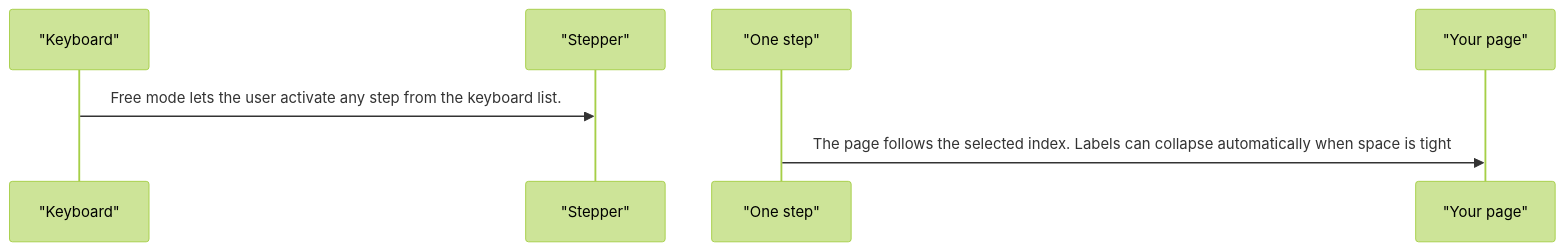
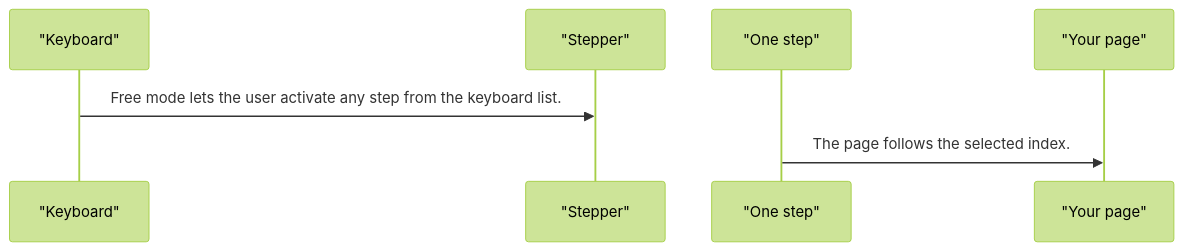
The third of 4 diagrams in projects/pixel-ui/src/lib/pixel-stepper/DESIGN.md (RajshekharBorate/pixel-ui), drawn with Mermaid (forest theme) before and after one commit. The commit also changed other lines of this file and 80 other files, not shown here.

Commit message:
Fill missing design flows and correct the stories that did not match component behavior.

````diff
--- a/projects/pixel-ui/src/lib/pixel-stepper/DESIGN.md
+++ b/projects/pixel-ui/src/lib/pixel-stepper/DESIGN.md
@@ -64,9 +64,9 @@
 ```mermaid
 sequenceDiagram
   participant keys as "Keyboard"
   participant stepper as "Stepper"
   participant step as "One step"
   participant page as "Your page"
   keys->>stepper: Free mode lets the user activate any step from the keyboard list.
-  step->>page: The page follows the selected index. Labels can collapse automatically when space is tight
+  step->>page: The page follows the selected index.
 ```
````
